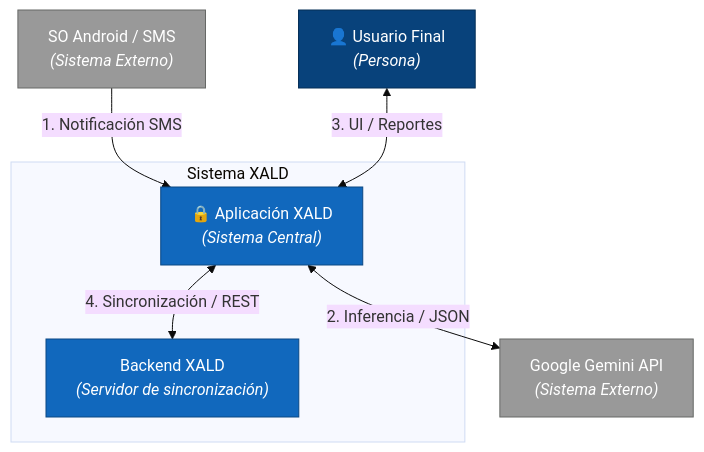
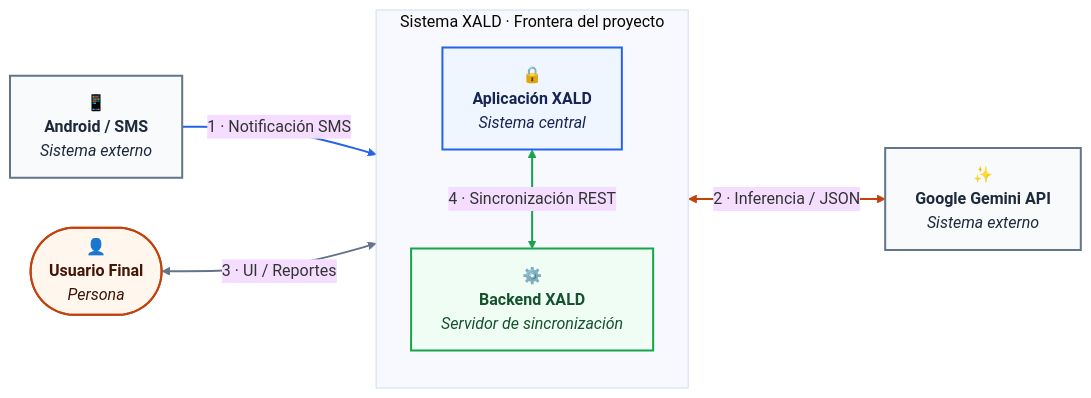
The diagram in docs/c4/c4.md (ISCOUTB/AS_202620_XALD), drawn with Mermaid (base theme) before and after one commit. The commit also changed other lines of this file, not shown here.

Commit message:
Revise C4 diagram and legend for improved clarity
Updated the C4 model diagram and legend for clarity.

````diff
--- a/docs/c4/c4.md
+++ b/docs/c4/c4.md
@@ -9,25 +9,27 @@
 ```mermaid
-graph TD
-    User["👤 Usuario Final<br/><i>(Persona)</i>"]
-    Android["SO Android / SMS<br/><i>(Sistema Externo)</i>"]
-
-    subgraph sistema[" Sistema XALD "]
-        XALD["🔒 Aplicación XALD<br/><i>(Sistema Central)</i>"]
-        Backend["Backend XALD<br/><i>(Servidor de sincronización)</i>"]
+flowchart LR
+    User(["👤<br/><b>Usuario Final</b><br/><i>Persona</i>"])
+    Android["📱<br/><b>Android / SMS</b><br/><i>Sistema externo</i>"]
+    subgraph sistema["Sistema XALD · Frontera del proyecto"]
+        direction TB
+        XALD["🔒<br/><b>Aplicación XALD</b><br/><i>Sistema central</i>"]
+        Backend["⚙️<br/><b>Backend XALD</b><br/><i>Servidor de sincronización</i>"]
+        XALD <-->|"4 · Sincronización REST"| Backend
     end
-
-    Gemini["Google Gemini API<br/><i>(Sistema Externo)</i>"]
-
-    Android -->|"1. Notificación SMS"| XALD
-    XALD <-->|"2. Inferencia / JSON"| Gemini
-    User <-->|"3. UI / Reportes"| XALD
-    XALD <-->|"4. Sincronización / REST"| Backend
-
-    classDef central fill:#1168bd,stroke:#0b4884,color:#fff;
-    classDef external fill:#999999,stroke:#666866,color:#fff;
-    classDef person fill:#08427b,stroke:#052e56,color:#fff;
-
-    class XALD,Backend central;
-    class Android,Gemini external;
-    class User person;
+    Gemini["✨<br/><b>Google Gemini API</b><br/><i>Sistema externo</i>"]
+    Android -->|"1 · Notificación SMS"| XALD
+    XALD <-->|"2 · Inferencia / JSON"| Gemini
+    User <-->|"3 · UI / Reportes"| XALD
+    classDef person fill:#fff7ed,stroke:#c2410c,stroke-width:2px,color:#431407
+    classDef central fill:#eff6ff,stroke:#2563eb,stroke-width:2px,color:#172554
+    classDef backend fill:#f0fdf4,stroke:#16a34a,stroke-width:2px,color:#14532d
+    classDef external fill:#f8fafc,stroke:#64748b,stroke-width:2px,color:#1e293b
+    class User person
+    class XALD central
+    class Backend backend
+    class Android,Gemini external
+    linkStyle 0 stroke:#16a34a,stroke-width:2px
+    linkStyle 1 stroke:#2563eb,stroke-width:2px
+    linkStyle 2 stroke:#c2410c,stroke-width:2px
+    linkStyle 3 stroke:#64748b,stroke-width:2px
 ```
````
